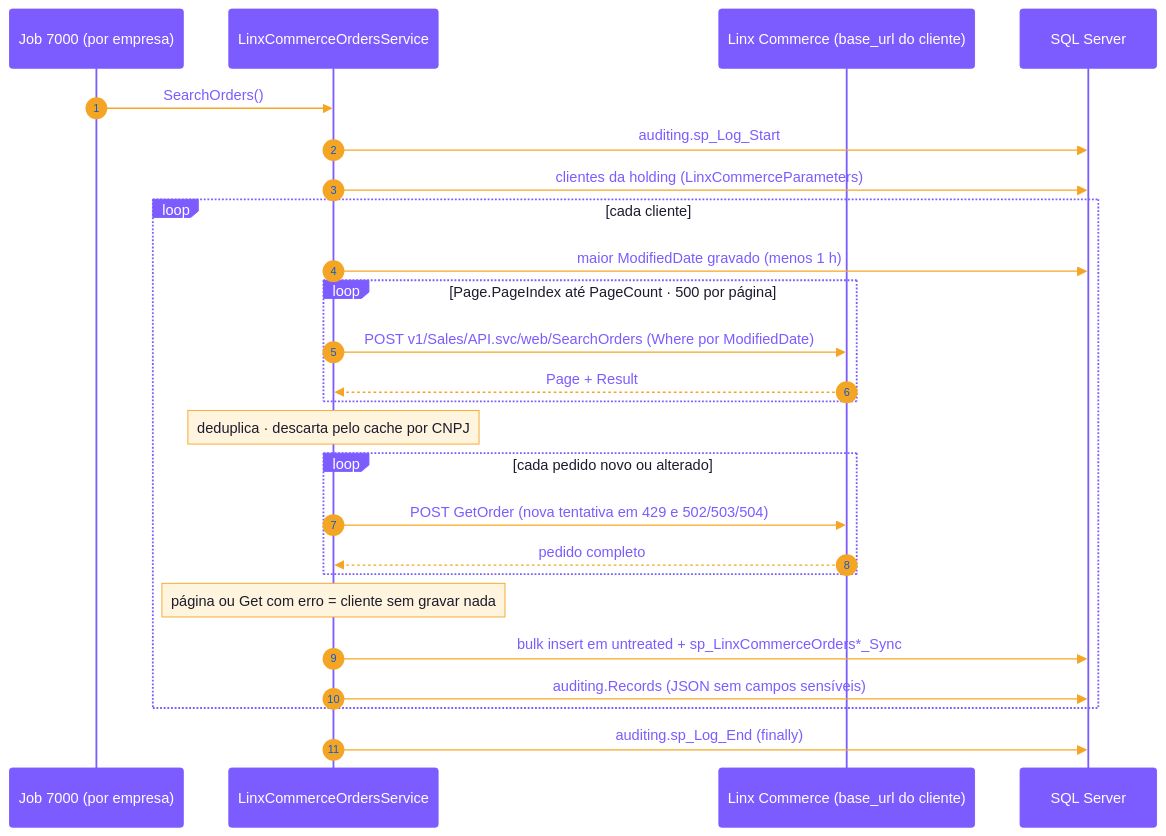
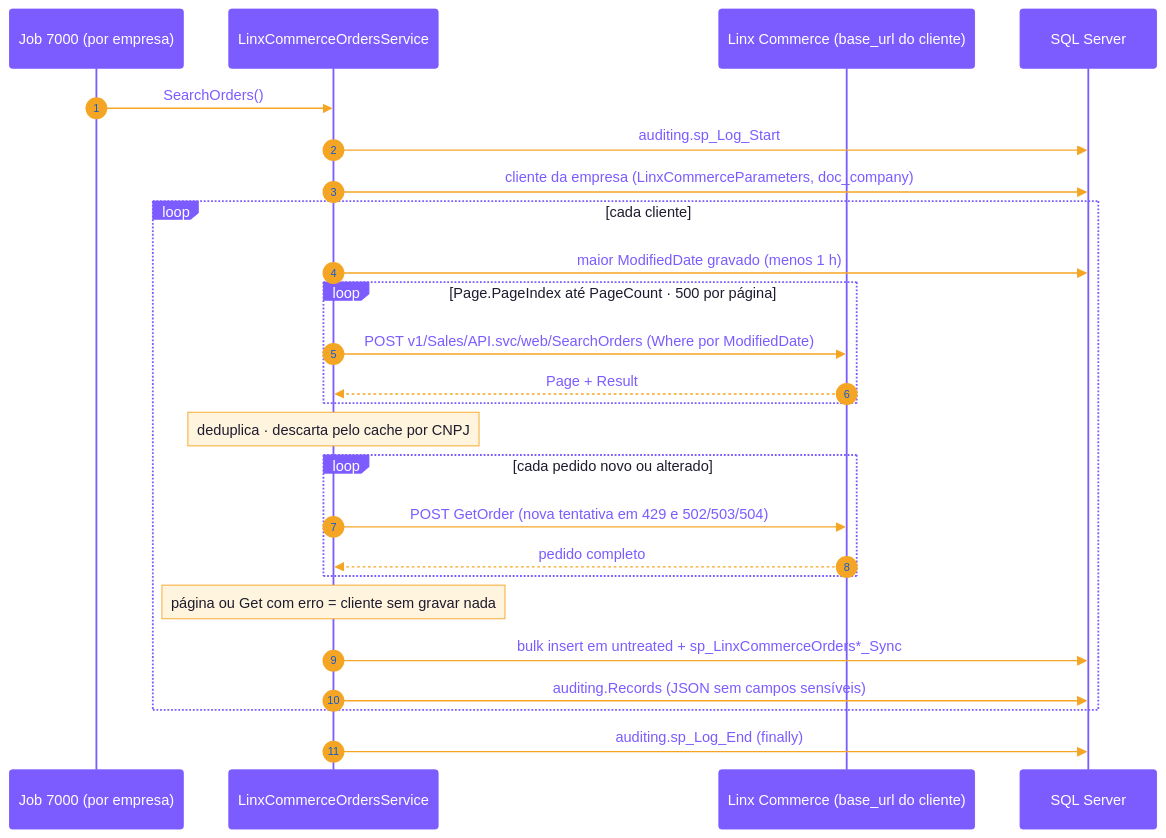
Before and after one commit to cayo-kume/extract-transform-load-integrations-system: the third of 5 diagrams in src/Backend/Modules/LinxCommerce/README.md, drawn with Mermaid. The commit also changed other lines of this file and 121 other files, not shown here.

````diff
--- a/src/Backend/Modules/LinxCommerce/README.md
+++ b/src/Backend/Modules/LinxCommerce/README.md
@@ -249,29 +249,29 @@
 ```mermaid
 %%{init: {'theme':'base','themeVariables':{'primaryColor':'#1e1b2e','primaryTextColor':'#ffffff','primaryBorderColor':'#7c5cff','lineColor':'#f5a524','actorBkg':'#7c5cff','actorTextColor':'#ffffff','actorBorder':'#7c5cff','signalColor':'#f5a524','signalTextColor':'#7c5cff','noteBkgColor':'#fff4dd','noteTextColor':'#1e1b2e','noteBorderColor':'#f5a524','activationBkgColor':'#ede9fe','activationBorderColor':'#7c5cff','labelBoxBkgColor':'#7c5cff','labelBoxBorderColor':'#7c5cff','labelTextColor':'#ffffff','loopTextColor':'#1e1b2e'}}}%%
 sequenceDiagram
     autonumber
     participant J as Job 7000 (por empresa)
     participant S as LinxCommerceOrdersService
     participant A as Linx Commerce (base_url do cliente)
     participant B as SQL Server
 
     J->>S: SearchOrders()
     S->>B: auditing.sp_Log_Start
-    S->>B: clientes da holding (LinxCommerceParameters)
+    S->>B: cliente da empresa (LinxCommerceParameters, doc_company)
     loop cada cliente
         S->>B: maior ModifiedDate gravado (menos 1 h)
         loop Page.PageIndex até PageCount · 500 por página
             S->>A: POST v1/Sales/API.svc/web/SearchOrders (Where por ModifiedDate)
             A-->>S: Page + Result
         end
         Note over S: deduplica · descarta pelo cache por CNPJ
         loop cada pedido novo ou alterado
             S->>A: POST GetOrder (nova tentativa em 429 e 502/503/504)
             A-->>S: pedido completo
         end
         Note over S: página ou Get com erro = cliente sem gravar nada
         S->>B: bulk insert em untreated + sp_LinxCommerceOrders*_Sync
         S->>B: auditing.Records (JSON sem campos sensíveis)
     end
     S->>B: auditing.sp_Log_End (finally)
 ```
````
